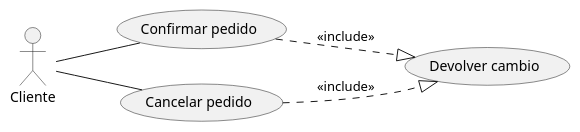
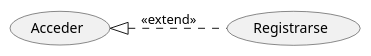
Before and after one commit to Nessie04/PlantUML_1: the diagram in casos_de_uso.puml, drawn with PlantUML.

Commit message:
creamos asociacion entre caso y caso

```diff
--- a/casos_de_uso.puml
+++ b/casos_de_uso.puml
@@ -1,9 +1,6 @@
 @startuml
 
 left to right direction
-Cliente -- (Confirmar pedido)
-Cliente -- (Cancelar pedido)
-(Confirmar pedido)..|>(Devolver cambio) : <<include>>
-(Cancelar pedido)..|>(Devolver cambio) : <<include>>
+(Acceder) <|.. (Registrarse) : <<extend>>
 
 @enduml
```
